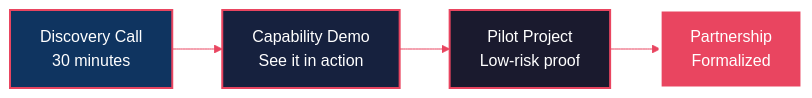
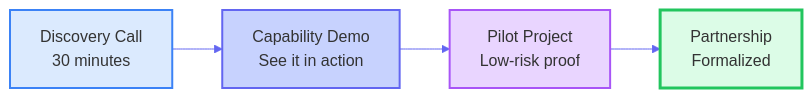
One commit to Light-Brands/light-consulting changed diagram 13 of 13 in docs/resources/ai-intelligence-ecosystem.md. Above: the diagram before and after it, drawn with Mermaid. The commit also changed other lines of this file, not shown here.

First line of the commit message:
Soften mermaid diagram colors for better readability

````diff
--- a/docs/resources/ai-intelligence-ecosystem.md
+++ b/docs/resources/ai-intelligence-ecosystem.md
@@ -447,15 +448,15 @@
 ```mermaid
-%%{init: {'theme': 'base', 'themeVariables': { 'primaryColor': '#1a1a2e', 'primaryTextColor': '#fff', 'lineColor': '#e94560'}}}%%
+%%{init: {'theme': 'default', 'themeVariables': { 'primaryColor': '#e0f2fe', 'primaryTextColor': '#0c4a6e', 'lineColor': '#6366f1'}}}%%
 flowchart LR
     step1["Discovery Call<br/>30 minutes"]
     step2["Capability Demo<br/>See it in action"]
     step3["Pilot Project<br/>Low-risk proof"]
     step4["Partnership<br/>Formalized"]
 
     step1 --> step2 --> step3 --> step4
 
-    style step1 fill:#0f3460,stroke:#e94560,stroke-width:2px
-    style step2 fill:#16213e,stroke:#e94560,stroke-width:2px
-    style step3 fill:#1a1a2e,stroke:#e94560,stroke-width:2px
-    style step4 fill:#e94560,stroke:#fff,stroke-width:3px,color:#fff
+    style step1 fill:#dbeafe,stroke:#3b82f6,stroke-width:2px
+    style step2 fill:#c7d2fe,stroke:#6366f1,stroke-width:2px
+    style step3 fill:#e9d5ff,stroke:#a855f7,stroke-width:2px
+    style step4 fill:#dcfce7,stroke:#22c55e,stroke-width:3px
 ```
````
